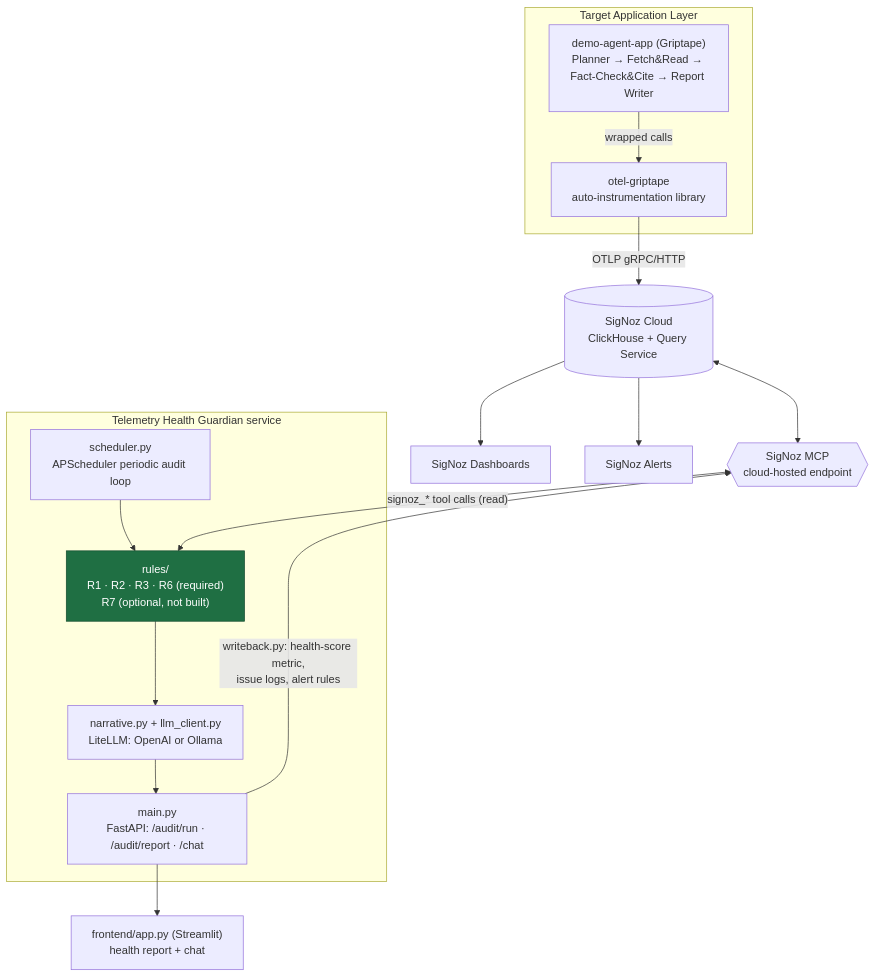
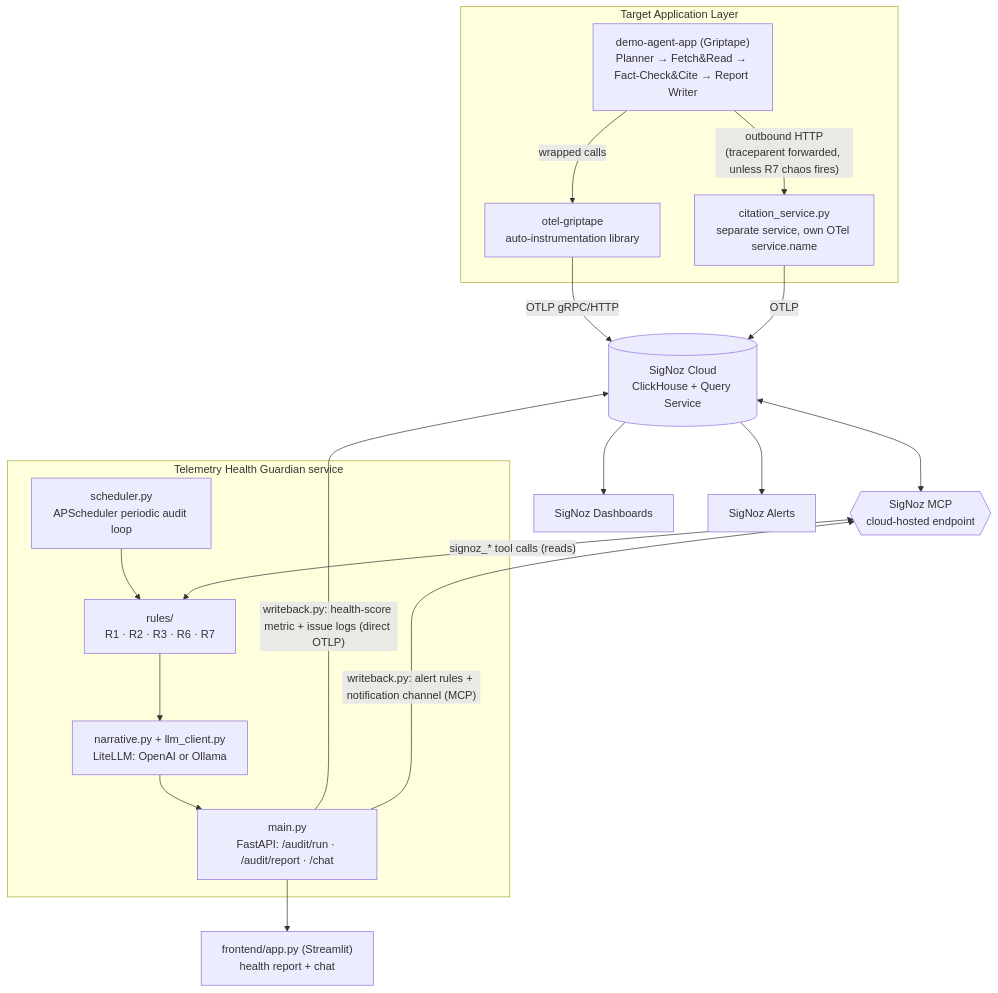
The diagram in README.md (ayushraj09/telemetry-health-guardian), drawn with Mermaid before and after one commit. The commit also changed other lines of this file and 14 other files, not shown here.

````diff
--- a/README.md
+++ b/README.md
@@ -57,35 +69,34 @@
 ```mermaid
 flowchart TB
     subgraph TargetApp["Target Application Layer"]
         A["demo-agent-app (Griptape)<br/>Planner → Fetch&Read → Fact-Check&Cite → Report Writer"]
         A -->|wrapped calls| LIB["otel-griptape<br/>auto-instrumentation library"]
+        A -->|"outbound HTTP<br/>(traceparent forwarded, unless R7 chaos fires)"| CITE["citation_service.py<br/>separate service, own OTel service.name"]
     end
 
     LIB -->|OTLP gRPC/HTTP| SIGNOZ[(SigNoz Cloud<br/>ClickHouse + Query Service)]
+    CITE -->|OTLP| SIGNOZ
 
     subgraph Guardian["Telemetry Health Guardian service"]
         SCHED["scheduler.py<br/>APScheduler periodic audit loop"]
-        RULES["rules/<br/>R1 · R2 · R3 · R6 (required)<br/>R7 (optional, not built)"]
+        RULES["rules/<br/>R1 · R2 · R3 · R6 · R7"]
         LLMLAYER["narrative.py + llm_client.py<br/>LiteLLM: OpenAI or Ollama"]
         API["main.py<br/>FastAPI: /audit/run · /audit/report · /chat"]
         SCHED --> RULES
         RULES --> LLMLAYER
         LLMLAYER --> API
     end
 
     MCP{{"SigNoz MCP<br/>cloud-hosted endpoint"}}
     SIGNOZ <--> MCP
-    MCP <-->|"signoz_* tool calls (read)"| RULES
+    MCP <-->|"signoz_* tool calls (reads)"| RULES
 
-    API -->|"writeback.py: health-score metric,<br/>issue logs, alert rules"| MCP
+    API -->|"writeback.py: health-score metric + issue logs (direct OTLP)"| SIGNOZ
+    API -->|"writeback.py: alert rules + notification channel (MCP)"| MCP
 
     UI["frontend/app.py (Streamlit)<br/>health report + chat"]
     API --> UI
 
-    SIGNOZ --> DASH["SigNoz Dashboards"]
-    SIGNOZ --> ALERTS["SigNoz Alerts"]
-
-    classDef required fill:#1f6f43,color:#fff,stroke:#134a2c
-    classDef optional fill:#6b6b6b,color:#fff,stroke:#3f3f3f,stroke-dasharray: 4 3
-    class RULES required
+    SIGNOZ --> DASH[SigNoz Dashboards]
+    SIGNOZ --> ALERTS[SigNoz Alerts]
 ```
````
